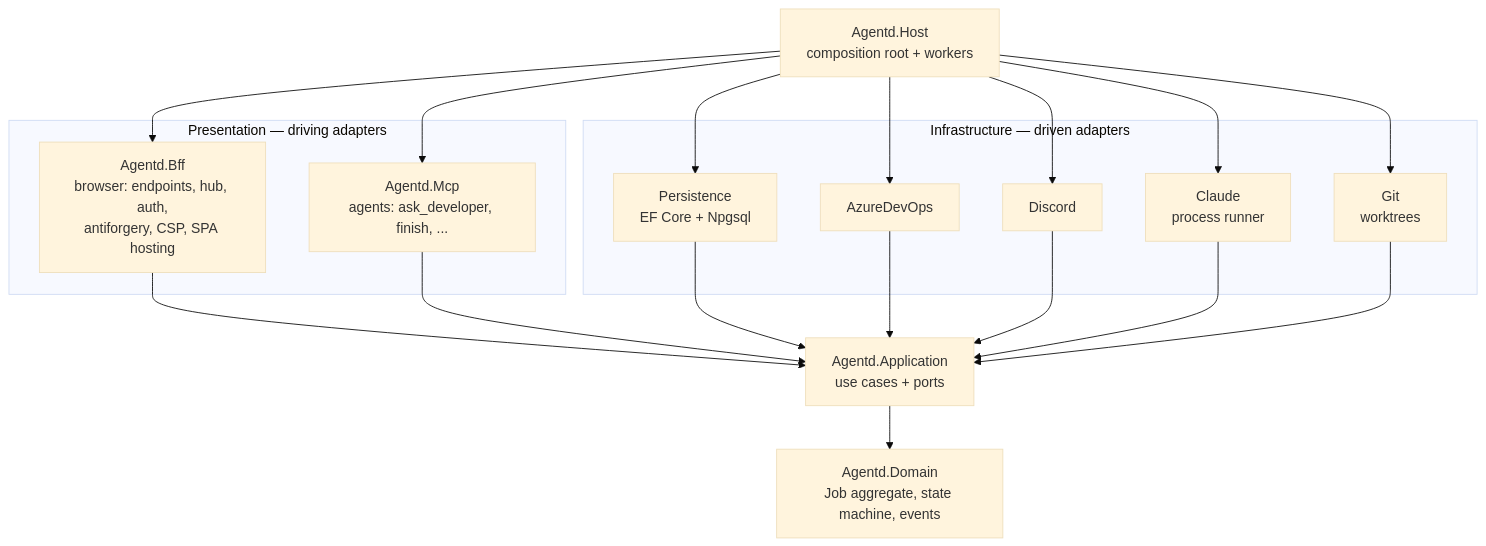
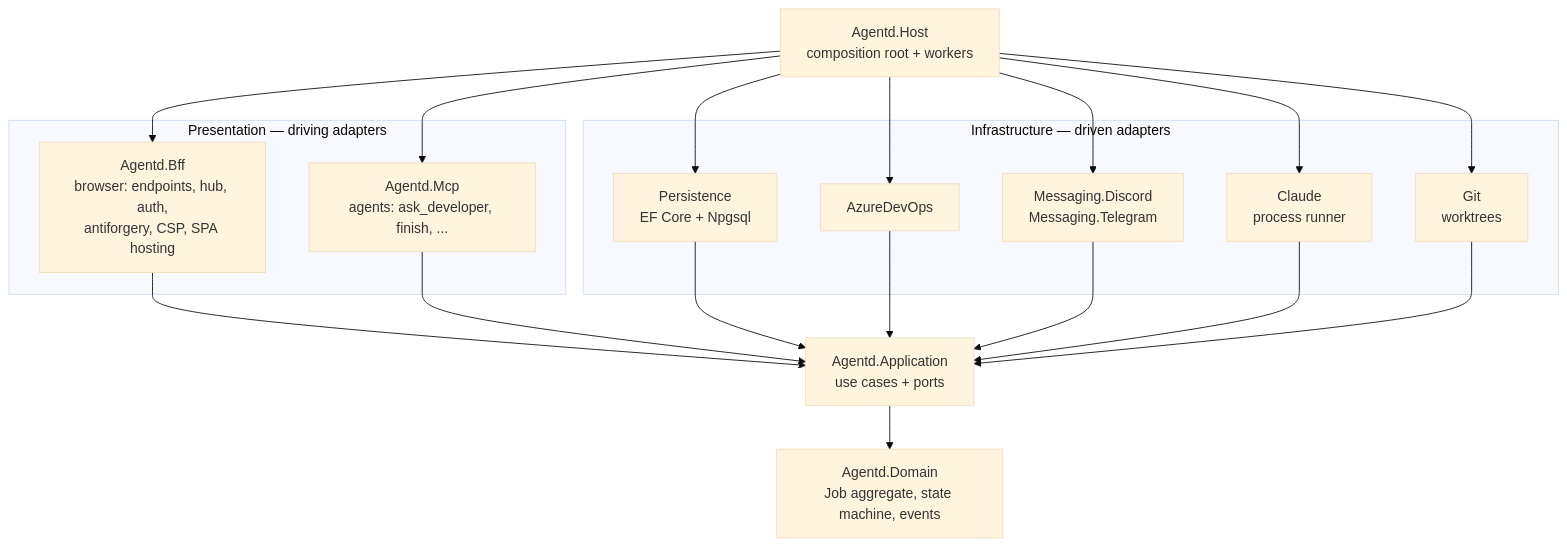
Before and after one commit to thoaingo07/agentd: the diagram in docs/architect/clean-architecture-bff.md, drawn with Mermaid (base theme). The commit also changed other lines of this file and 12 other files, not shown here.

````diff
--- a/docs/architect/clean-architecture-bff.md
+++ b/docs/architect/clean-architecture-bff.md
@@ -14,23 +14,23 @@
 ```mermaid
 flowchart TB
     subgraph P[Presentation — driving adapters]
         BFF[Agentd.Bff<br/>browser: endpoints, hub, auth,<br/>antiforgery, CSP, SPA hosting]
         MCP[Agentd.Mcp<br/>agents: ask_developer, finish, ...]
     end
     subgraph I[Infrastructure — driven adapters]
         PER[Persistence<br/>EF Core + Npgsql]
         ADO[AzureDevOps]
-        DIS[Discord]
+        DIS[Messaging.Discord<br/>Messaging.Telegram]
         CLA[Claude<br/>process runner]
         GIT[Git<br/>worktrees]
     end
     APP[Agentd.Application<br/>use cases + ports]
     DOM[Agentd.Domain<br/>Job aggregate, state machine, events]
     HOST[Agentd.Host<br/>composition root + workers]
 
     BFF --> APP
     MCP --> APP
     PER & ADO & DIS & CLA & GIT --> APP
     APP --> DOM
     HOST --> BFF & MCP & PER & ADO & DIS & CLA & GIT
 ```
````
